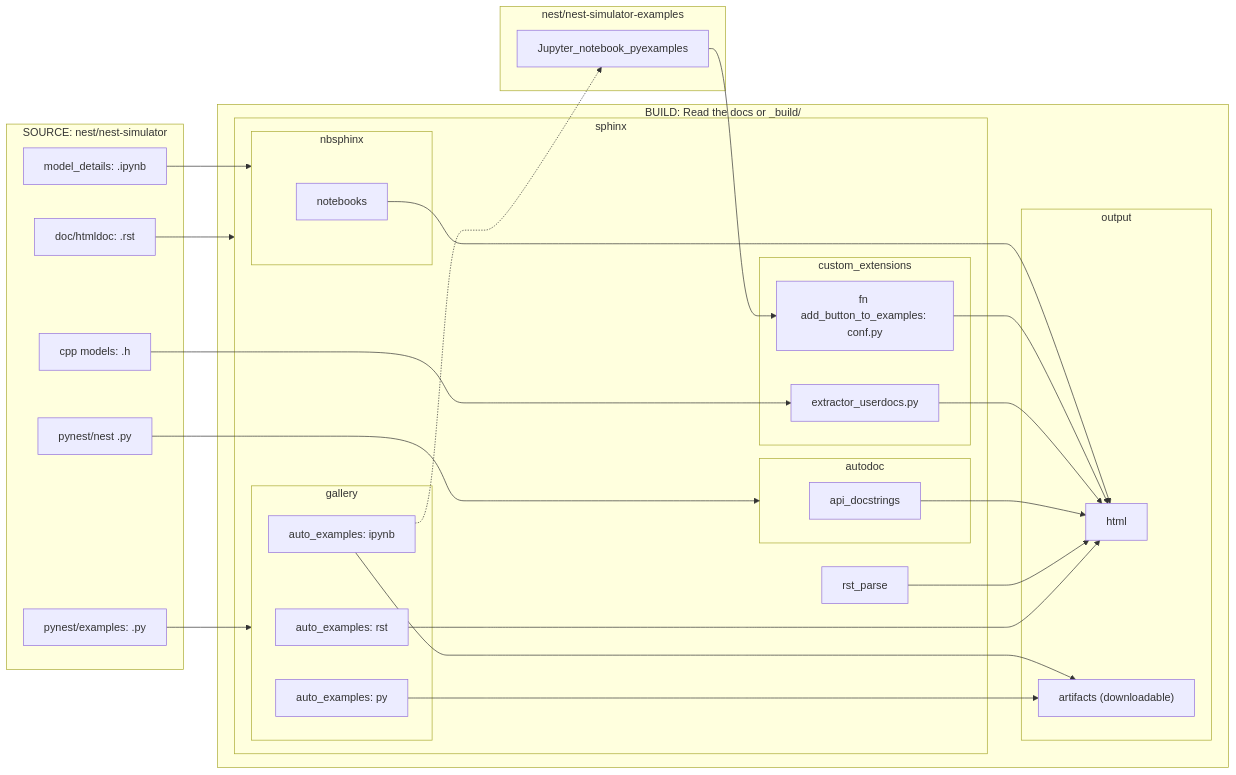
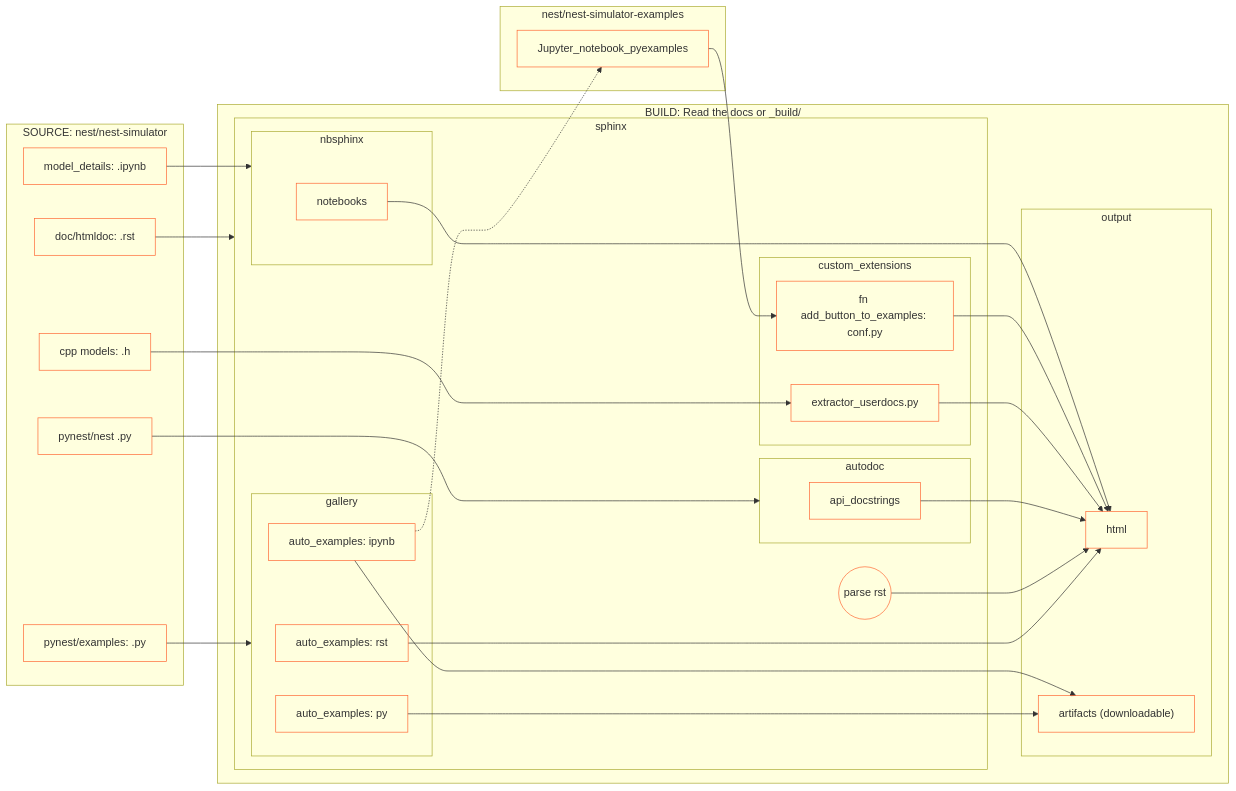
The diagram in doc/htmldoc/developer_space/workflows/documentation_workflow/user_documentation_workflow.rst (nest/nest-simulator), drawn with Mermaid before and after one commit.

Commit message:
add styling to flowchart

```diff
--- a/doc/htmldoc/developer_space/workflows/documentation_workflow/user_documentation_workflow.rst
+++ b/doc/htmldoc/developer_space/workflows/documentation_workflow/user_documentation_workflow.rst
@@ -28,45 +28,47 @@
 .. mermaid::
    :zoom:
    :caption: Overview of documentation build. Drag and zoom to explore.
 
    flowchart LR
 
+      classDef nest stroke:#f63, stroke-width:1px, fill:#e2e2e200;
+
       subgraph BUILD: Read the docs or _build/
         subgraph output
-         html
+         html:::nest
          arti
         end
         ar-->html
-        ap-->arti["artifacts (downloadable)"]
+        ap-->arti["artifacts (downloadable)"]:::nest
         ai-->arti
         subgraph sphinx
-         rst_parse-->html
+         parse((parse rst)):::nest-->html
           subgraph autodoc
-           api_docstrings-->html
+           api_docstrings:::nest-->html
           end
          subgraph gallery
-          ai["auto_examples: ipynb"]
-          ar["auto_examples: rst"]
-          ap["auto_examples: py"]
+          ai["auto_examples: ipynb"]:::nest
+          ar["auto_examples: rst"]:::nest
+          ap["auto_examples: py"]:::nest
          end
          subgraph custom_extensions
-          extractor_userdocs.py-->html
-          button["fn add_button_to_examples: conf.py"]-->html
+          extractor_userdocs.py:::nest-->html
+          button["fn add_button_to_examples: conf.py"]:::nest-->html
          end
          subgraph nbsphinx
-          notebooks --> html
+          notebooks:::nest --> html
          end
         end
       end
 
       subgraph SOURCE: nest/nest-simulator
-       docs["doc/htmldoc: .rst"]-->sphinx
-       models["cpp models: .h"]-->extractor_userdocs.py
-       py["pynest/examples: .py"]-->gallery
-       api["pynest/nest .py"]-->autodoc
-       ipynb["model_details: .ipynb"]-->nbsphinx
+       docs["doc/htmldoc: .rst"]:::nest-->sphinx
+       models["cpp models: .h"]:::nest-->extractor_userdocs.py
+       py["pynest/examples: .py"]:::nest-->gallery
+       api["pynest/nest .py"]:::nest-->autodoc
+       ipynb["model_details: .ipynb"]:::nest-->nbsphinx
       end
       subgraph nest/nest-simulator-examples
-       Jupyter_notebook_pyexamples-->button
+       Jupyter_notebook_pyexamples:::nest-->button
        ai -..-> Jupyter_notebook_pyexamples
       end
```
